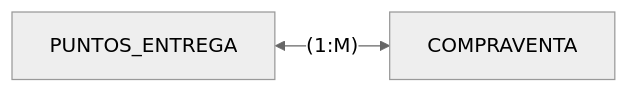
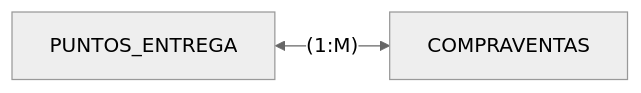
The ninth of 12 diagrams in docs/documentacio_bd.md (eliseumarmon/proxi-markt), drawn with Mermaid before and after one commit. The commit also changed other lines of this file and 2 other files, not shown here.

````diff
--- a/docs/documentacio_bd.md
+++ b/docs/documentacio_bd.md
@@ -132,9 +132,9 @@
 ```mermaid
 ---
 config:
     theme: neutral
 ---
 
 flowchart LR
-    id1[PUNTOS_ENTREGA] <-- (1:M) --> id2[COMPRAVENTA]
+    id1[PUNTOS_ENTREGA] <-- (1:M) --> id2[COMPRAVENTAS]
 ```
````
